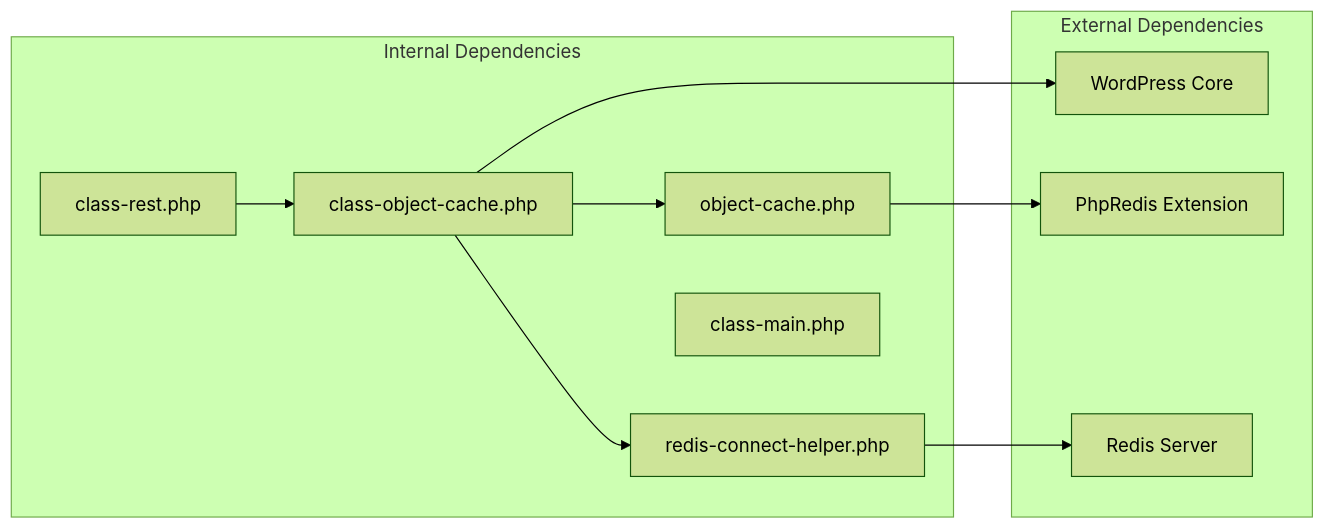
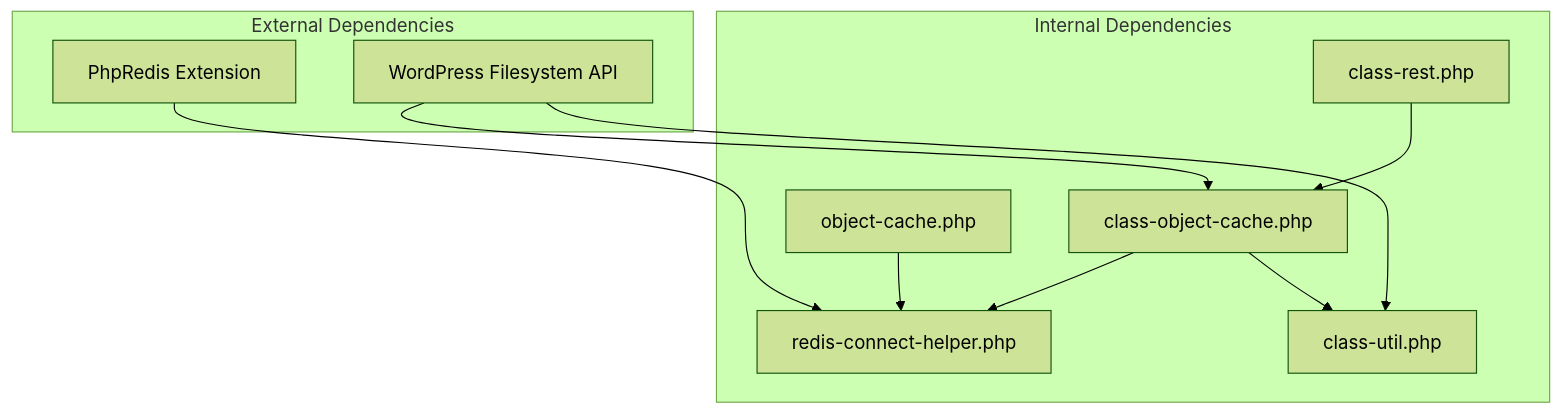
The seventh of 7 diagrams in .qoder/repowiki/en/content/Advanced Features/Object Cache Integration.md (nilesh32236/performance-optimisation), drawn with Mermaid (forest theme) before and after one commit. The commit also changed other lines of this file and 46 other files, not shown here.

````diff
--- a/.qoder/repowiki/en/content/Advanced Features/Object Cache Integration.md
+++ b/.qoder/repowiki/en/content/Advanced Features/Object Cache Integration.md
@@ -289,21 +297,21 @@
 ```mermaid
-graph LR
+graph TB
+subgraph "External Dependencies"
+PHPREDIS[PhpRedis Extension]
+WPFS[WordPress Filesystem API]
+end
 subgraph "Internal Dependencies"
-Manager[class-object-cache.php]
-Helper[redis-connect-helper.php]
-DropIn[object-cache.php]
+OC[class-object-cache.php]
+RH[redis-connect-helper.php]
+DC[object-cache.php]
 REST[class-rest.php]
-Main[class-main.php]
+UTIL[class-util.php]
 end
-subgraph "External Dependencies"
-WordPress[WordPress Core]
-PhpRedis[PhpRedis Extension]
-Redis[Redis Server]
-end
-Manager --> Helper
-Manager --> DropIn
-REST --> Manager
-DropIn --> PhpRedis
-Manager --> WordPress
-Helper --> Redis
+PHPREDIS --> RH
+WPFS --> OC
+WPFS --> UTIL
+OC --> RH
+OC --> UTIL
+DC --> RH
+REST --> OC
 ```
````
